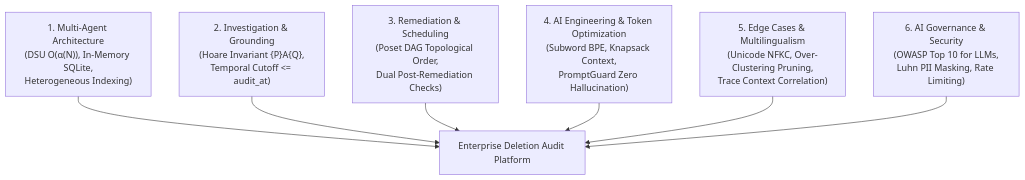
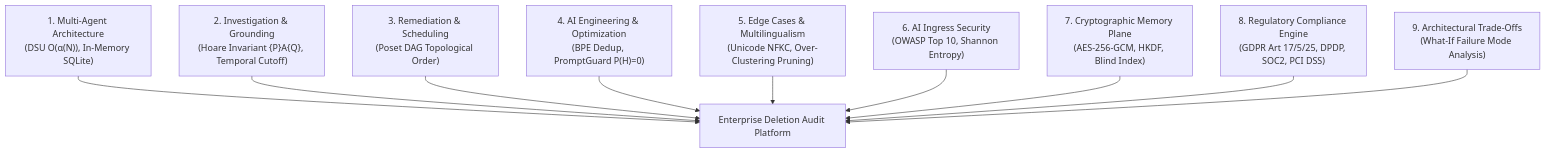
Before and after one commit to piyushmakhija28/hackerrank-orchestrate-october26: the diagram in docs/ai_judge_interview_prep.md, drawn with Mermaid. The commit also changed other lines of this file and 1 other file, not shown here.

Commit message:
docs: expand ai judge interview prep with 9 pillars, 46 Q&As, architectural trade-offs, and what-if disaster analyses

````diff
--- a/docs/ai_judge_interview_prep.md
+++ b/docs/ai_judge_interview_prep.md
@@ -32,16 +35,22 @@
 ```mermaid
 flowchart TD
-    P1["1. Multi-Agent Architecture\n(DSU O(α(N)), In-Memory SQLite,\nHeterogeneous Indexing)"]
-    P2["2. Investigation & Grounding\n(Hoare Invariant {P}A{Q},\nTemporal Cutoff <= audit_at)"]
-    P3["3. Remediation & Scheduling\n(Poset DAG Topological Order,\nDual Post-Remediation Checks)"]
-    P4["4. AI Engineering & Token Optimization\n(Subword BPE, Knapsack Context,\nPromptGuard Zero Hallucination)"]
-    P5["5. Edge Cases & Multilingualism\n(Unicode NFKC, Over-Clustering Pruning,\nTrace Context Correlation)"]
-    P6["6. AI Governance & Security\n(OWASP Top 10 for LLMs,\nLuhn PII Masking, Rate Limiting)"]
+    P1["1. Multi-Agent Architecture\n(DSU O(α(N)), In-Memory SQLite)"]
+    P2["2. Investigation & Grounding\n(Hoare Invariant {P}A{Q}, Temporal Cutoff)"]
+    P3["3. Remediation & Scheduling\n(Poset DAG Topological Order)"]
+    P4["4. AI Engineering & Optimization\n(BPE Dedup, PromptGuard P(H)=0)"]
+    P5["5. Edge Cases & Multilingualism\n(Unicode NFKC, Over-Clustering Pruning)"]
+    P6["6. AI Ingress Security\n(OWASP Top 10, Shannon Entropy)"]
+    P7["7. Cryptographic Memory Plane\n(AES-256-GCM, HKDF, Blind Index)"]
+    P8["8. Regulatory Compliance Engine\n(GDPR Art 17/5/25, DPDP, SOC2, PCI DSS)"]
+    P9["9. Architectural Trade-Offs\n(What-If Failure Mode Analysis)"]
 
     P1 --> Engine["Enterprise Deletion Audit Platform"]
     P2 --> Engine
     P3 --> Engine
     P4 --> Engine
     P5 --> Engine
     P6 --> Engine
+    P7 --> Engine
+    P8 --> Engine
+    P9 --> Engine
 ```
````
